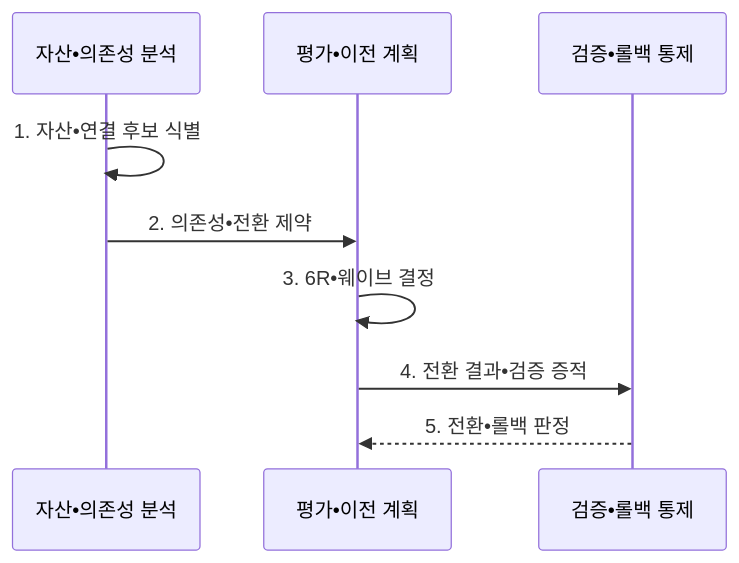
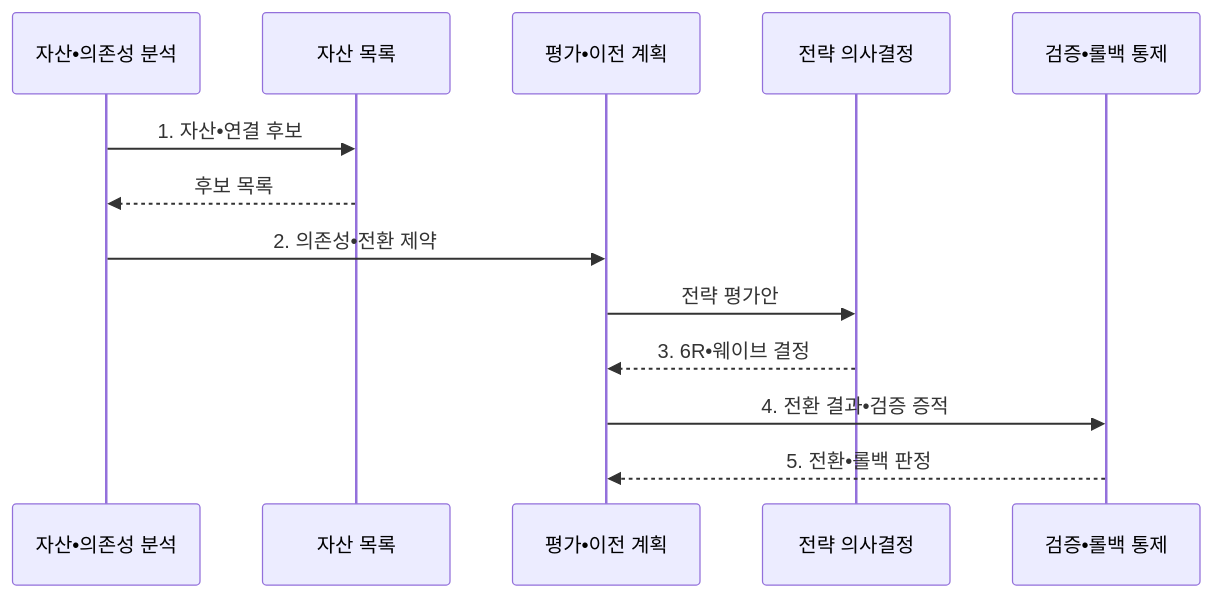
One commit to agnusdei1207/knowledge-base changed the second of 2 diagrams in src/content/docs/notes/03-software/146_cloud_migration_6r.md. Above: the diagram before and after it, drawn with Mermaid. The commit also changed other lines of this file and 7 other files, not shown here.

````diff
--- a/src/content/docs/notes/03-software/146_cloud_migration_6r.md
+++ b/src/content/docs/notes/03-software/146_cloud_migration_6r.md
@@ -110,11 +110,15 @@
 ```mermaid
 sequenceDiagram
     participant A as 자산•의존성 분석
+    participant I as 자산 목록
     participant M as 평가•이전 계획
+    participant D as 전략 의사결정
     participant V as 검증•롤백 통제
-    A->>A: 1. 자산•연결 후보 식별
+    A->>I: 1. 자산•연결 후보
+    I-->>A: 후보 목록
     A->>M: 2. 의존성•전환 제약
-    M->>M: 3. 6R•웨이브 결정
+    M->>D: 전략 평가안
+    D-->>M: 3. 6R•웨이브 결정
     M->>V: 4. 전환 결과•검증 증적
     V-->>M: 5. 전환•롤백 판정
 ```
````
